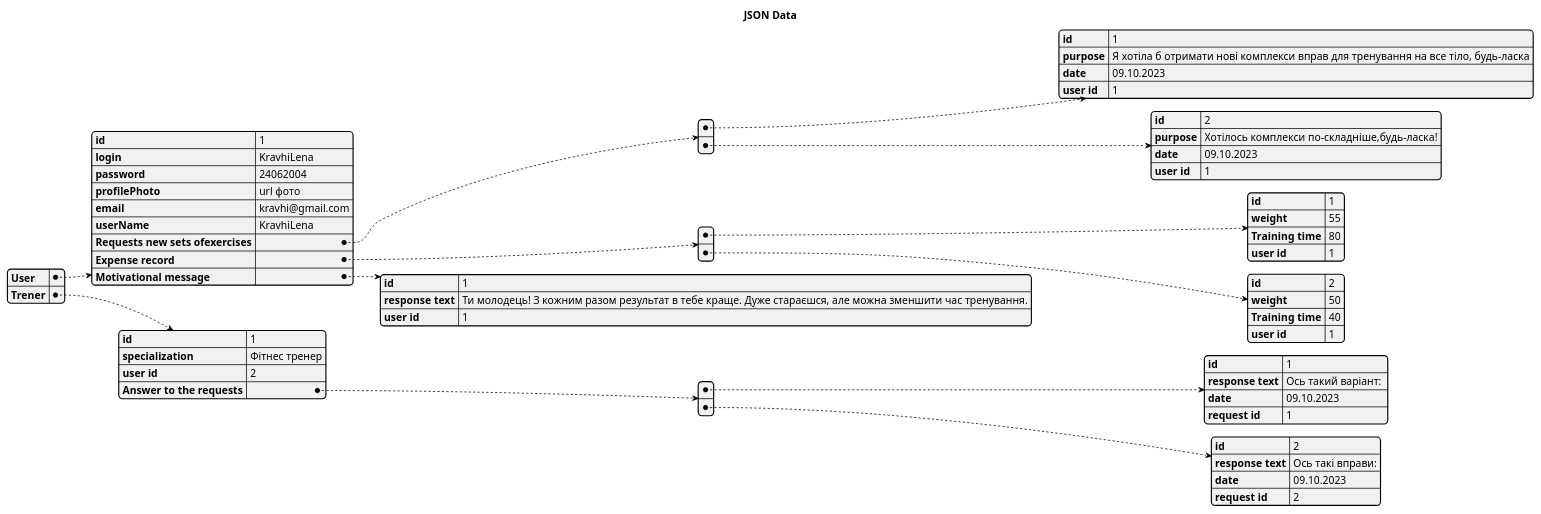
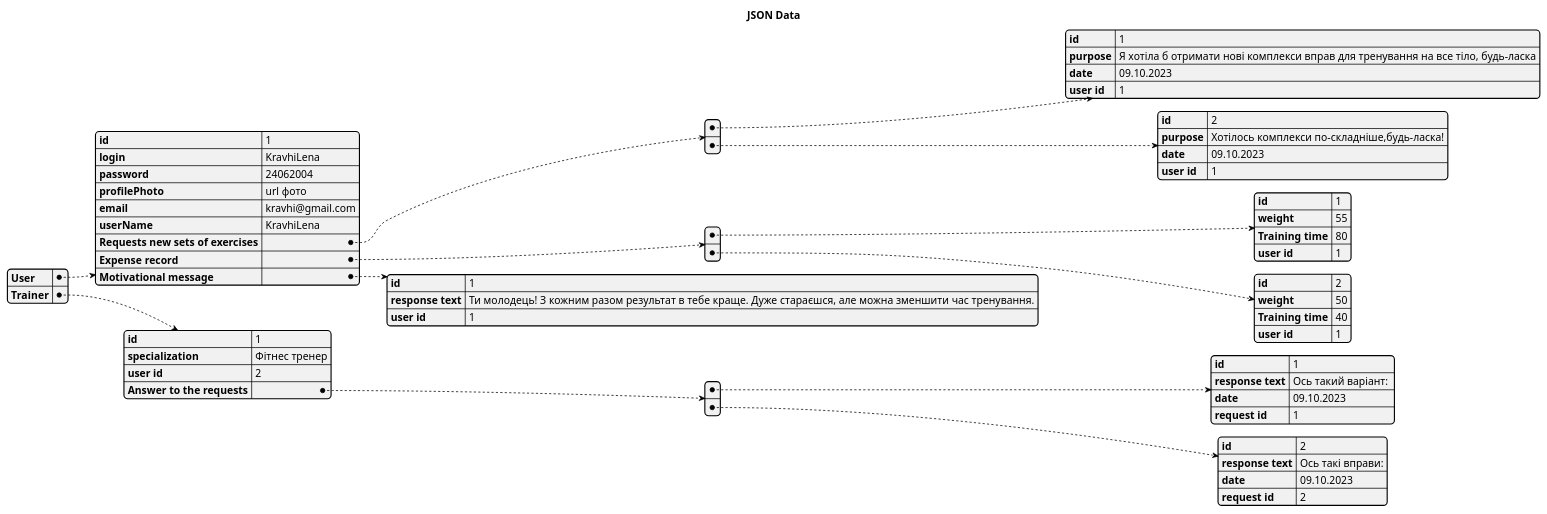
One commit to oleksandrblazhko/ai-214-kravchishina changed the diagram in 2-SoftwareDesign/2.7-PlantUML/DataModel.puml. Above: the diagram before and after it, drawn with PlantUML.

```diff
--- a/2-SoftwareDesign/2.7-PlantUML/DataModel.puml
+++ b/2-SoftwareDesign/2.7-PlantUML/DataModel.puml
@@ -1,65 +1,65 @@
 @startjson
   title JSON Data
 {
   "User": {
     "id": "1",
     "login": "KravhiLena",
     "password": "24062004",
     "profilePhoto": "url фото",
     "email": "kravhi@gmail.com",
     "userName": "KravhiLena",
-    "Requests new sets ofexercises": [
+    "Requests new sets of exercises": [
       {
         "id": "1",
         "purpose": "Я хотіла б отримати нові комплекси вправ для тренування на все тіло, будь-ласка",
         "date": "09.10.2023",
         "user id": "1"
       },
       {
         "id": "2",
         "purpose": "Хотілось комплекси по-складніше,будь-ласка!",
         "date": "09.10.2023",
         "user id": "1"
       }
     ],
     "Expense record": [
       {
         "id": "1",
         "weight": "55",
         "Training time": "80",
         "user id": "1"
       },
       {
         "id": "2",
         "weight": "50",
         "Training time": "40",
         "user id": "1"
       }
     ],
     "Motivational message": {
       "id": "1",
       "response text": "Ти молодець! З кожним разом результат в тебе краще. Дуже стараєшся, але можна зменшити час тренування.",
       "user id": "1"
     }
   },
-  "Trener": {
+  "Trainer": {
     "id": "1",
     "specialization": "Фітнес тренер",
     "user id": "2",
     "Answer to the requests": [
       {
         "id": "1",
         "response text": "Ось такий варіант: ",
         "date": "09.10.2023",
         "request id": 1
       },
       {
         "id": "2",
         "response text": "Ось такі вправи:",
         "date": "09.10.2023",
         "request id": 2
       }
     ]
   }
 }
 @endjson
```
